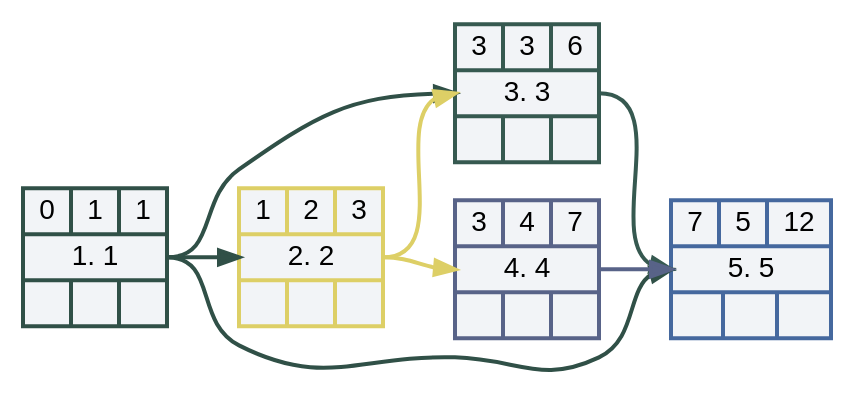
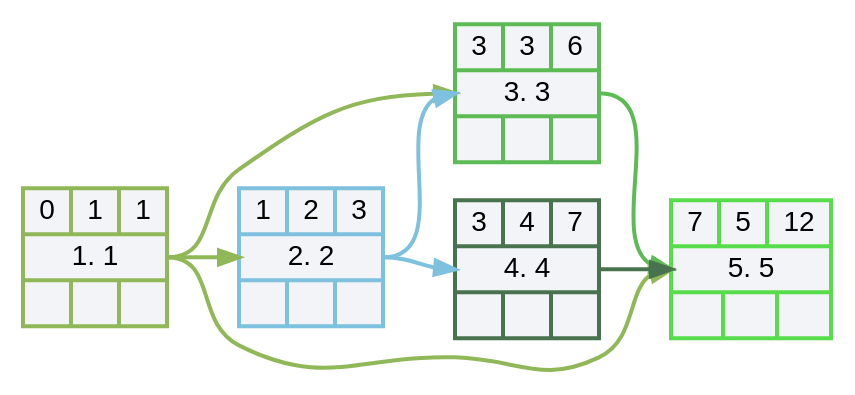
Before and after one commit to DVin-programmer/networkGraphics: the diagram in files/NetworkGraph02.gv, drawn with Graphviz. The commit also changed 14 other files, not shown here.

```diff
--- a/files/NetworkGraph02.gv
+++ b/files/NetworkGraph02.gv
@@ -1,22 +1,22 @@
         digraph NetworkGraph02
         {
            //graph [charset = "utf8"]
            rankdir = LR
            layout = dot
            splines = spline
            node [style = "filled, bold", fillcolor = "#f2f4f7", fontname = "Arial"]
            edge [penwidth = 2]
-           v1 [fontname = "Arial",color = "#305047", shape = record, label = "{ 0 | 1 | 1 } |  <mI1> 1. 1 | { |  |  }"]
-   v2 [fontname = "Arial",color = "#ddcf66", shape = record, label = "{ 1 | 2 | 3 } |  <mI2> 2. 2 | { |  |  }"]
-   v3 [fontname = "Arial",color = "#365950", shape = record, label = "{ 3 | 3 | 6 } |  <mI3> 3. 3 | { |  |  }"]
-   v4 [fontname = "Arial",color = "#586388", shape = record, label = "{ 3 | 4 | 7 } |  <mI4> 4. 4 | { |  |  }"]
-   v5 [fontname = "Arial",color = "#45689e", shape = record, label = "{ 7 | 5 | 12 } |  <mI5> 5. 5 | { |  |  }"]
-   v1:<mI1> -> v2:<mI2> [color = "#305047"]
-   v2:<mI2> -> v3:<mI3> [color = "#ddcf66"]
-   v1:<mI1> -> v3:<mI3> [color = "#305047"]
-   v2:<mI2> -> v4:<mI4> [color = "#ddcf66"]
-   v1:<mI1> -> v5:<mI5> [color = "#305047"]
-   v3:<mI3> -> v5:<mI5> [color = "#365950"]
-   v4:<mI4> -> v5:<mI5> [color = "#586388"]
+           v1 [fontname = "Arial",color = "#91b858", shape = record, label = "{ 0 | 1 | 1 } |  <mI1> 1. 1 | { |  |  }"]
+   v2 [fontname = "Arial",color = "#7ec1df", shape = record, label = "{ 1 | 2 | 3 } |  <mI2> 2. 2 | { |  |  }"]
+   v3 [fontname = "Arial",color = "#5cbb54", shape = record, label = "{ 3 | 3 | 6 } |  <mI3> 3. 3 | { |  |  }"]
+   v4 [fontname = "Arial",color = "#49724f", shape = record, label = "{ 3 | 4 | 7 } |  <mI4> 4. 4 | { |  |  }"]
+   v5 [fontname = "Arial",color = "#57dc4c", shape = record, label = "{ 7 | 5 | 12 } |  <mI5> 5. 5 | { |  |  }"]
+   v1:<mI1> -> v2:<mI2> [color = "#91b858"]
+   v1:<mI1> -> v3:<mI3> [color = "#91b858"]
+   v2:<mI2> -> v3:<mI3> [color = "#7ec1df"]
+   v2:<mI2> -> v4:<mI4> [color = "#7ec1df"]
+   v1:<mI1> -> v5:<mI5> [color = "#91b858"]
+   v3:<mI3> -> v5:<mI5> [color = "#5cbb54"]
+   v4:<mI4> -> v5:<mI5> [color = "#49724f"]
 
 }
```
